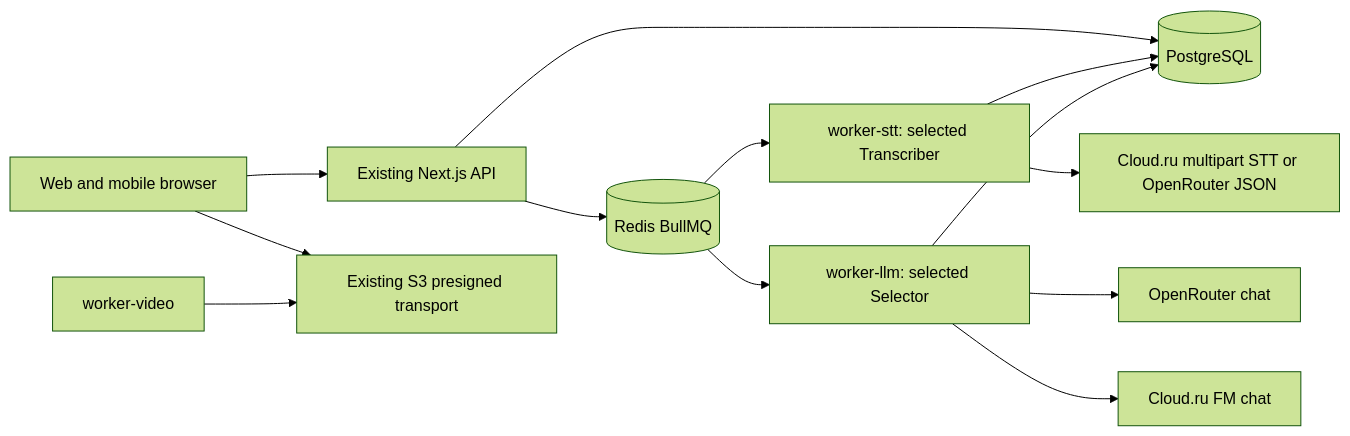
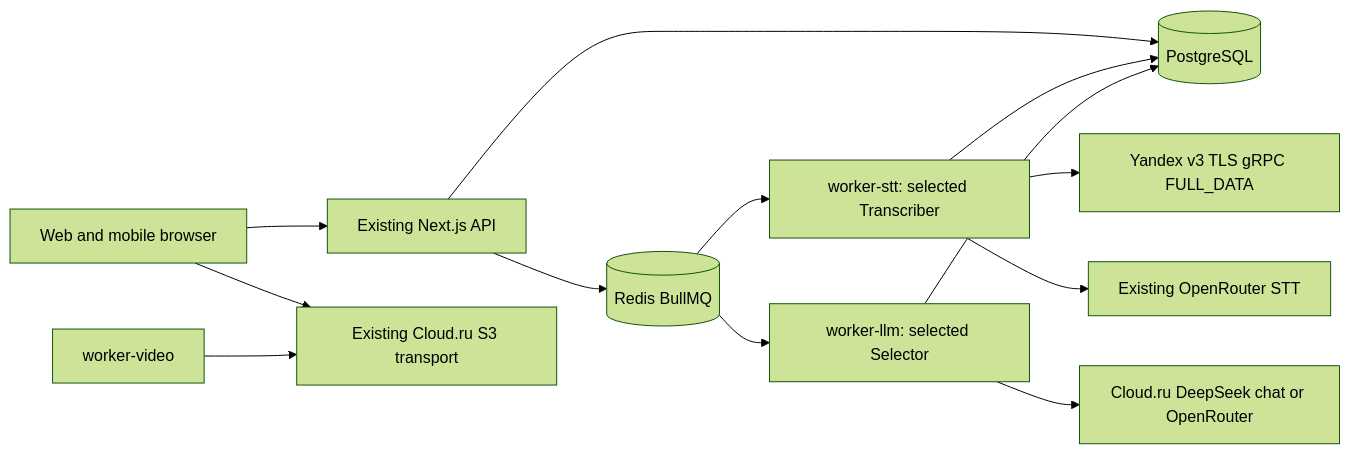
The diagram in projects/05-podcast-clips-opus/docs/features/cloudru-provider-foundation/03_architecture.md (djd1m/2026-AUG-PU-Projects), drawn with Mermaid (forest theme) before and after one commit. The commit also changed other lines of this file and 5 other files, not shown here.

Commit message:
docs(cloudru-provider-foundation): WIP v4 Yandex word-timed STT plan

````diff
--- a/projects/05-podcast-clips-opus/docs/features/cloudru-provider-foundation/03_architecture.md
+++ b/projects/05-podcast-clips-opus/docs/features/cloudru-provider-foundation/03_architecture.md
@@ -9,15 +9,15 @@
 ```mermaid
 flowchart LR
   Browser[Web and mobile browser] --> Web[Existing Next.js API]
   Web --> DB[(PostgreSQL)]
   Web --> Queue[(Redis BullMQ)]
   Queue --> STT[worker-stt: selected Transcriber]
-  STT --> FMSTT[Cloud.ru multipart STT or OpenRouter JSON]
+  STT --> YA[Yandex v3 TLS gRPC FULL_DATA]
+  STT --> ORSTT[Existing OpenRouter STT]
   STT --> DB
   Queue --> LLM[worker-llm: selected Selector]
+  LLM --> FM[Cloud.ru DeepSeek chat or OpenRouter]
   LLM --> DB
-  LLM --> OR[OpenRouter chat]
-  LLM --> FM[Cloud.ru FM chat]
-  Browser --> S3[Existing S3 presigned transport]
+  Browser --> S3[Existing Cloud.ru S3 transport]
   Video[worker-video] --> S3
 ```
````
